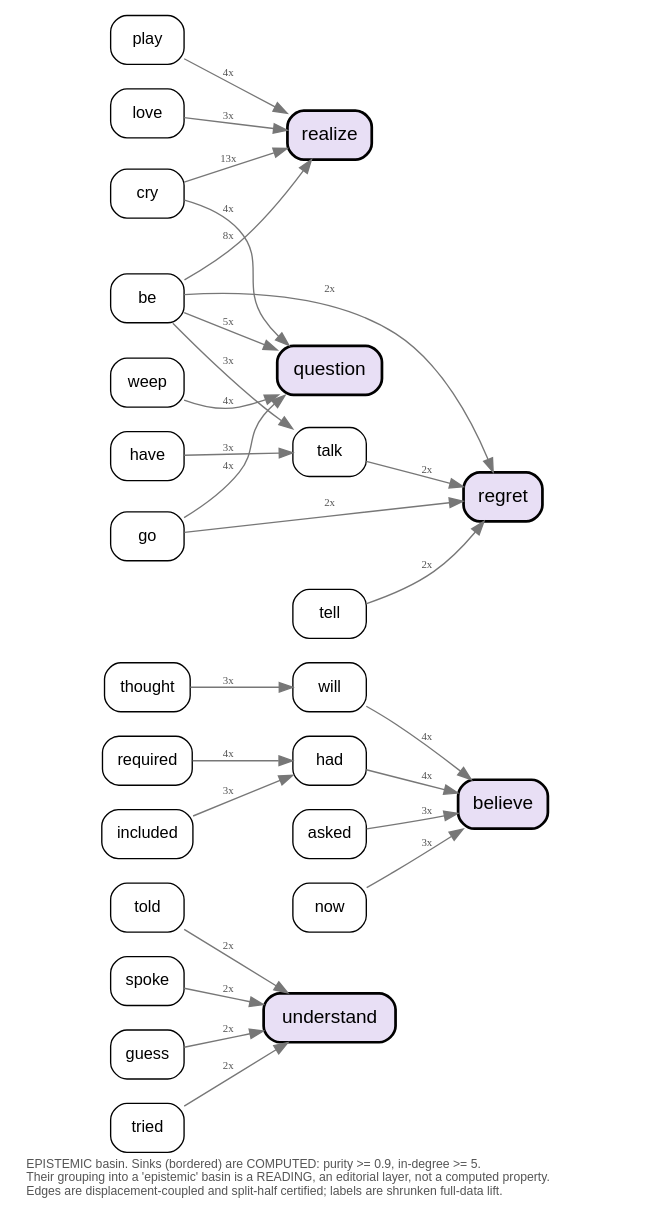
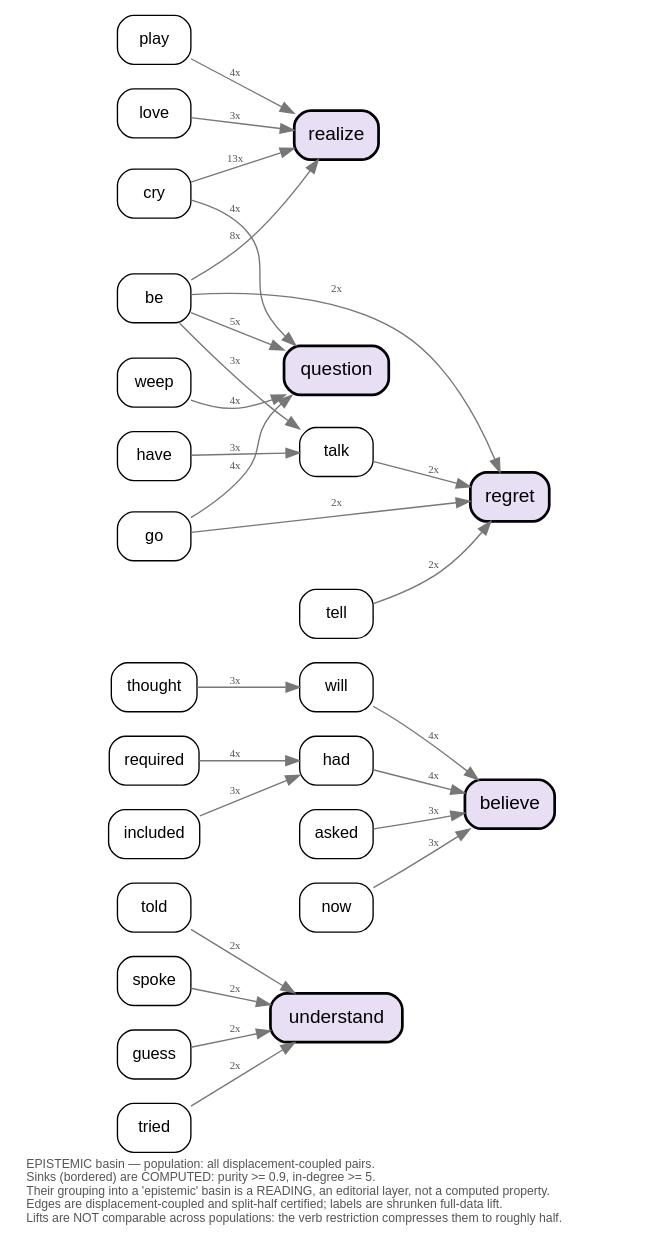
One commit to quadrismegistus/malign-logits changed the diagram in meta/M01_displacement/figures/displacement_basin_epistemic.dot. Above: the diagram before and after it, drawn with Graphviz. The commit also changed 29 other files, not shown here.

```diff
--- a/meta/M01_displacement/figures/displacement_basin_epistemic.dot
+++ b/meta/M01_displacement/figures/displacement_basin_epistemic.dot
@@ -1,41 +1,41 @@
 // epistemic basin watershed — sinks (computed: purity>=0.9,
 // in>=5) + top-6 feeders each + top-2 second-hop feeders.
 // All edges displacement-coupled and split-half certified.
 digraph basin {
   rankdir=LR; node [shape=box, style="rounded,filled",
     fillcolor=white, fontname="Helvetica", fontsize=12];
   edge [fontsize=8, color="#777777", fontcolor="#555555"];
   labelloc="b"; labeljust="l"; fontname="Helvetica"; fontsize=9;
   fontcolor="#555555";
-  label="EPISTEMIC basin. Sinks (bordered) are COMPUTED: purity >= 0.9, in-degree >= 5.\lTheir grouping into a 'epistemic' basin is a READING, an editorial layer, not a computed property.\lEdges are displacement-coupled and split-half certified; labels are shrunken full-data lift.\l";
+  label="EPISTEMIC basin — population: all displacement-coupled pairs.\lSinks (bordered) are COMPUTED: purity >= 0.9, in-degree >= 5.\lTheir grouping into a 'epistemic' basin is a READING, an editorial layer, not a computed property.\lEdges are displacement-coupled and split-half certified; labels are shrunken full-data lift.\lLifts are NOT comparable across populations: the verb restriction compresses them to roughly half.\l";
   "understand" [fillcolor="#e8dff5", penwidth=2, fontsize=14];
   "believe" [fillcolor="#e8dff5", penwidth=2, fontsize=14];
   "realize" [fillcolor="#e8dff5", penwidth=2, fontsize=14];
   "question" [fillcolor="#e8dff5", penwidth=2, fontsize=14];
   "regret" [fillcolor="#e8dff5", penwidth=2, fontsize=14];
   "cry" -> "realize" [label="13x"];
   "be" -> "realize" [label="8x"];
   "be" -> "question" [label="5x"];
   "cry" -> "question" [label="4x"];
   "weep" -> "question" [label="4x"];
   "play" -> "realize" [label="4x"];
   "go" -> "question" [label="4x"];
   "will" -> "believe" [label="4x"];
   "had" -> "believe" [label="4x"];
   "asked" -> "believe" [label="3x"];
   "love" -> "realize" [label="3x"];
   "now" -> "believe" [label="3x"];
   "talk" -> "regret" [label="2x"];
   "tell" -> "regret" [label="2x"];
   "go" -> "regret" [label="2x"];
   "be" -> "regret" [label="2x"];
   "told" -> "understand" [label="2x"];
   "spoke" -> "understand" [label="2x"];
   "guess" -> "understand" [label="2x"];
   "tried" -> "understand" [label="2x"];
   "required" -> "had" [label="4x"];
   "included" -> "had" [label="3x"];
   "have" -> "talk" [label="3x"];
   "be" -> "talk" [label="3x"];
   "thought" -> "will" [label="3x"];
 }
```
